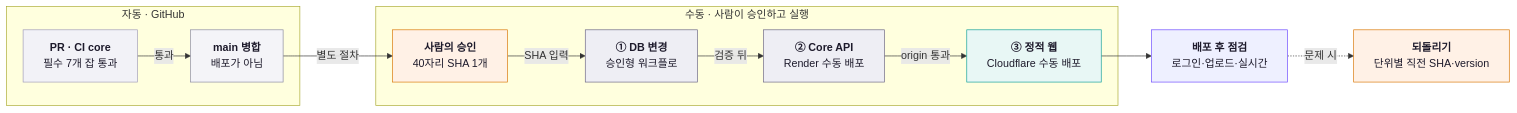
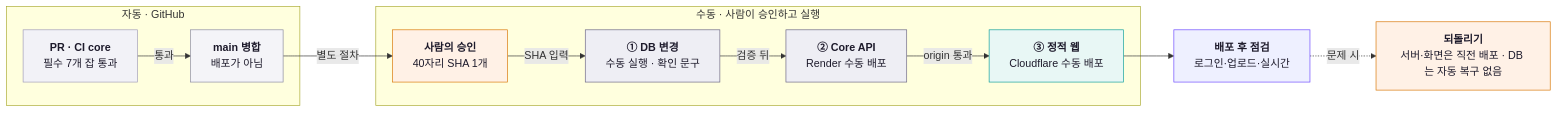
Before and after one commit to blue45f/toonstudio: the tenth of 13 diagrams in docs/technology/engineering-architecture.md, drawn with Mermaid. The commit also changed other lines of this file and 9 other files, not shown here.

````diff
--- a/docs/technology/engineering-architecture.md
+++ b/docs/technology/engineering-architecture.md
@@ -569,30 +572,30 @@
 ```mermaid
 flowchart LR
   subgraph auto["자동 · GitHub"]
     ci["<b>PR · CI core</b><br/>필수 7개 잡 통과"]
     main["<b>main 병합</b><br/>배포가 아님"]
   end
   subgraph manual["수동 · 사람이 승인하고 실행"]
     approve["<b>사람의 승인</b><br/>40자리 SHA 1개"]
-    db["<b>① DB 변경</b><br/>승인형 워크플로"]
+    db["<b>① DB 변경</b><br/>수동 실행 · 확인 문구"]
     api["<b>② Core API</b><br/>Render 수동 배포"]
     web["<b>③ 정적 웹</b><br/>Cloudflare 수동 배포"]
   end
   check["<b>배포 후 점검</b><br/>로그인·업로드·실시간"]
-  rollback["<b>되돌리기</b><br/>단위별 직전 SHA·version"]
+  rollback["<b>되돌리기</b><br/>서버·화면은 직전 배포 · DB 는 자동 복구 없음"]
   ci -->|"통과"| main
   main -->|"별도 절차"| approve
   approve -->|"SHA 입력"| db
   db -->|"검증 뒤"| api
   api -->|"origin 통과"| web
   web --> check
   check -.->|"문제 시"| rollback
   style ci fill:#f2f2f7,stroke:#a09cb8,color:#1d1a2b
   style main fill:#f4f4f8,stroke:#8a8aa0,color:#1d1a2b
   style approve fill:#fff1e6,stroke:#d97706,color:#1d1a2b
   style db fill:#eeeef4,stroke:#6b6684,color:#1d1a2b
   style api fill:#eeeef4,stroke:#6b6684,color:#1d1a2b
   style web fill:#e8f7f5,stroke:#0e9f99,color:#1d1a2b
   style check fill:#eef0ff,stroke:#6d4aff,color:#1d1a2b
   style rollback fill:#fff1e6,stroke:#d97706,color:#1d1a2b
 ```
````
